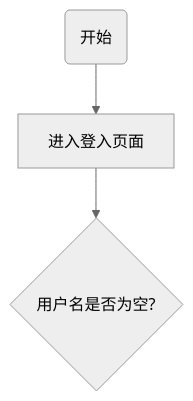
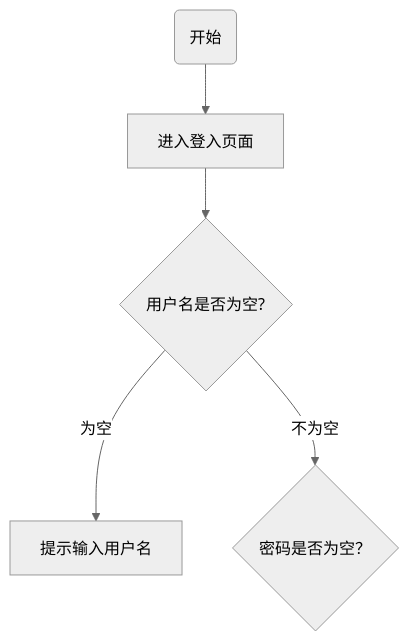
One commit to rockyzhao5421/notes changed the tenth of 11 diagrams in mermaid.md. Above: the diagram before and after it, drawn with Mermaid (neutral theme).

````diff
--- a/mermaid.md
+++ b/mermaid.md
@@ -189,5 +189,7 @@
 ```mermaid
 graph 
     Start(开始) --> Loginpage[进入登入页面]
     Loginpage --> Checkname{"用户名是否为空?"}
+    Checkname --为空-->showDialog[提示输入用户名]
+    Checkname --不为空-->Checkpsw{"密码是否为空？"}
 ```
````
